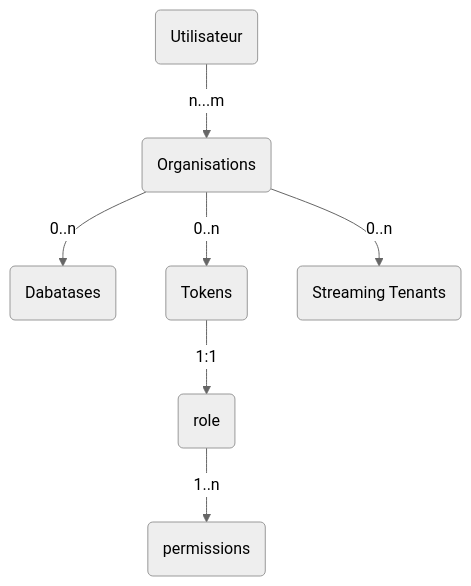
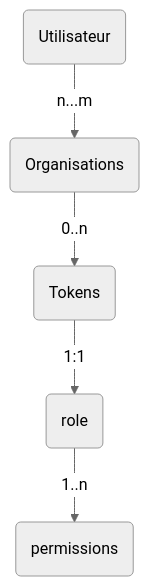
One commit to datastaxdevs/conference-2022-devoxx-france changed the second of 2 diagrams in README.md. Above: the diagram before and after it, drawn with Mermaid (neutral theme). The commit also changed other lines of this file, not shown here.

````diff
--- a/README.md
+++ b/README.md
@@ -148,9 +149,7 @@
 ```mermaid
   graph TD
     USER(Utilisateur) -->|n...m|ORG(Organisations)
-    ORG -->|0..n|DB(Dabatases)
     ORG -->|0..n|TOKEN(Tokens)
-    ORG -->|0..n|STR(Streaming Tenants)
     TOKEN-->|1:1|ROLE(role)
     ROLE-->|1..n|PERMISSIONS(permissions)
 ```
````
